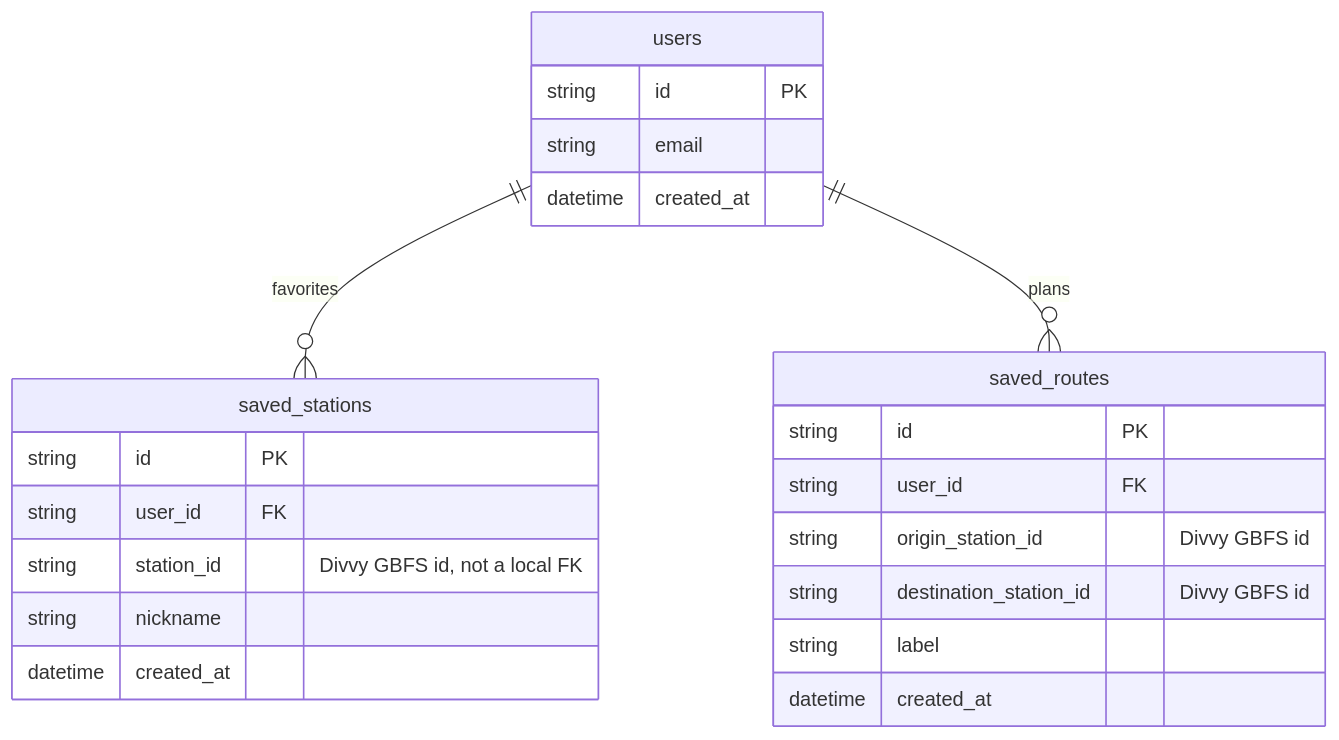
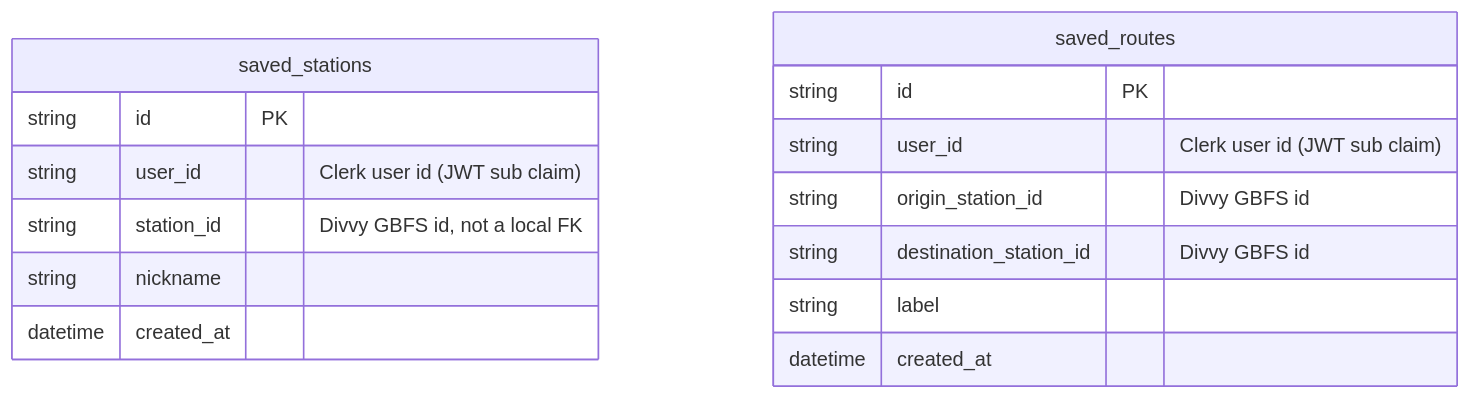
The diagram in AGENTS.md (Cat-a-rina/catch-me-on-a-divvy), drawn with Mermaid before and after one commit. The commit also changed other lines of this file and 4 other files, not shown here.

````diff
--- a/AGENTS.md
+++ b/AGENTS.md
@@ -82,26 +89,18 @@
 ```mermaid
 erDiagram
-    users ||--o{ saved_stations : "favorites"
-    users ||--o{ saved_routes : "plans"
-
-    users {
-        string id PK
-        string email
-        datetime created_at
-    }
     saved_stations {
         string id PK
-        string user_id FK
+        string user_id "Clerk user id (JWT sub claim)"
         string station_id "Divvy GBFS id, not a local FK"
         string nickname
         datetime created_at
     }
     saved_routes {
         string id PK
-        string user_id FK
+        string user_id "Clerk user id (JWT sub claim)"
         string origin_station_id "Divvy GBFS id"
         string destination_station_id "Divvy GBFS id"
         string label
         datetime created_at
     }
 ```
````
